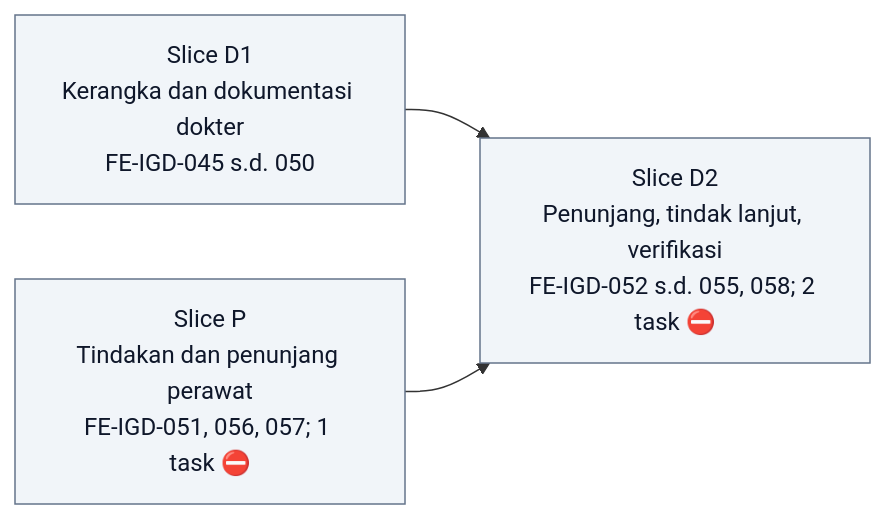
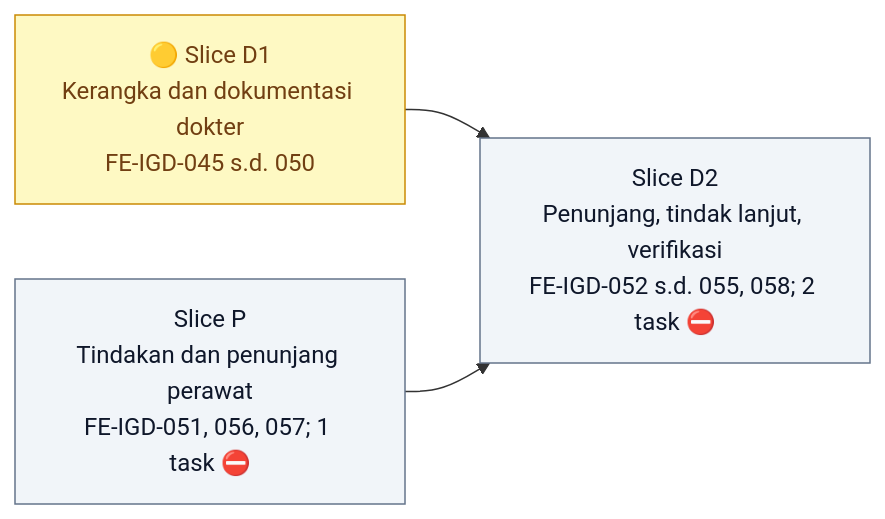
Diagram 15 of 18 in docs/module-blueprints/igd/roadmap/frontend-roadmap.md (DevBenari/NewQuilvianSystemBackend), drawn with Mermaid before and after one commit. The commit also changed other lines of this file and 11 other files, not shown here.

Commit message:
membuat proses pemeriksaan dokter igd

````diff
--- a/docs/module-blueprints/igd/roadmap/frontend-roadmap.md
+++ b/docs/module-blueprints/igd/roadmap/frontend-roadmap.md
@@ -2058,15 +2058,15 @@
 ```mermaid
 flowchart LR
     classDef selesai fill:#DCFCE7,stroke:#16A34A,color:#14532D
     classDef sebagian fill:#FEF9C3,stroke:#CA8A04,color:#713F12
     classDef terblokir fill:#FEE2E2,stroke:#DC2626,color:#7F1D1D
     classDef belum fill:#F1F5F9,stroke:#64748B,color:#0F172A
     classDef luar fill:#EDE9FE,stroke:#7C3AED,color:#3B0764
 
-    SD1["Slice D1<br/>Kerangka dan dokumentasi dokter<br/>FE-IGD-045 s.d. 050"]:::belum
+    SD1["🟡 Slice D1<br/>Kerangka dan dokumentasi dokter<br/>FE-IGD-045 s.d. 050"]:::sebagian
     SD2["Slice D2<br/>Penunjang, tindak lanjut, verifikasi<br/>FE-IGD-052 s.d. 055, 058; 2 task ⛔"]:::belum
     SP["Slice P<br/>Tindakan dan penunjang perawat<br/>FE-IGD-051, 056, 057; 1 task ⛔"]:::belum
 
     SD1 --> SD2
     SP --> SD2
 ```
````
